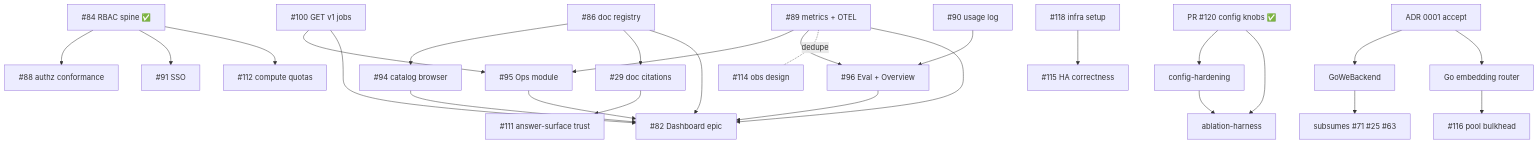
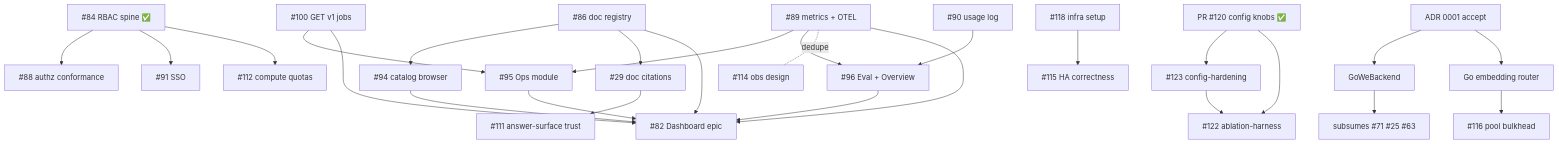
One commit to wilke/ragstack changed the diagram in ROADMAP.md. Above: the diagram before and after it, drawn with Mermaid. The commit also changed other lines of this file, not shown here.

Commit message:
docs(roadmap): link the ablation-harness (#122) and config-hardening (#123) issues

````diff
--- a/ROADMAP.md
+++ b/ROADMAP.md
@@ -90,34 +90,34 @@
 ```mermaid
 flowchart TD
   RBAC["#84 RBAC spine ✅"] --> AUTHZ["#88 authz conformance"]
   RBAC --> SSO["#91 SSO"]
   RBAC --> QUOTA["#112 compute quotas"]
 
   REG["#86 doc registry"] --> CATBROWSE["#94 catalog browser"]
   REG --> CITE["#29 doc citations"]
   CITE --> TRUST["#111 answer-surface trust"]
 
   JOBS["#100 GET v1 jobs"] --> OPS["#95 Ops module"]
   METRICS["#89 metrics + OTEL"] --> OPS
   METRICS --> EVALMOD["#96 Eval + Overview"]
   USAGE["#90 usage log"] --> EVALMOD
   METRICS -. dedupe .- OBSDESIGN["#114 obs design"]
 
-  CFG["PR #120 config knobs ✅"] --> CFGHARD["config-hardening"]
-  CFG --> ABLATE["ablation-harness"]
+  CFG["PR #120 config knobs ✅"] --> CFGHARD["#123 config-hardening"]
+  CFG --> ABLATE["#122 ablation-harness"]
   CFGHARD --> ABLATE
 
   ADR["ADR 0001 accept"] --> GOWE["GoWeBackend"]
   GOWE --> SUBSUME["subsumes #71 #25 #63"]
   ADR --> ROUTER["Go embedding router"]
   ROUTER --> BULKHEAD["#116 pool bulkhead"]
 
   INFRA["#118 infra setup"] --> HACORR["#115 HA correctness"]
 
   REG --> EPIC["#82 Dashboard epic"]
   JOBS --> EPIC
   METRICS --> EPIC
   CATBROWSE --> EPIC
   OPS --> EPIC
   EVALMOD --> EPIC
 ```
````
